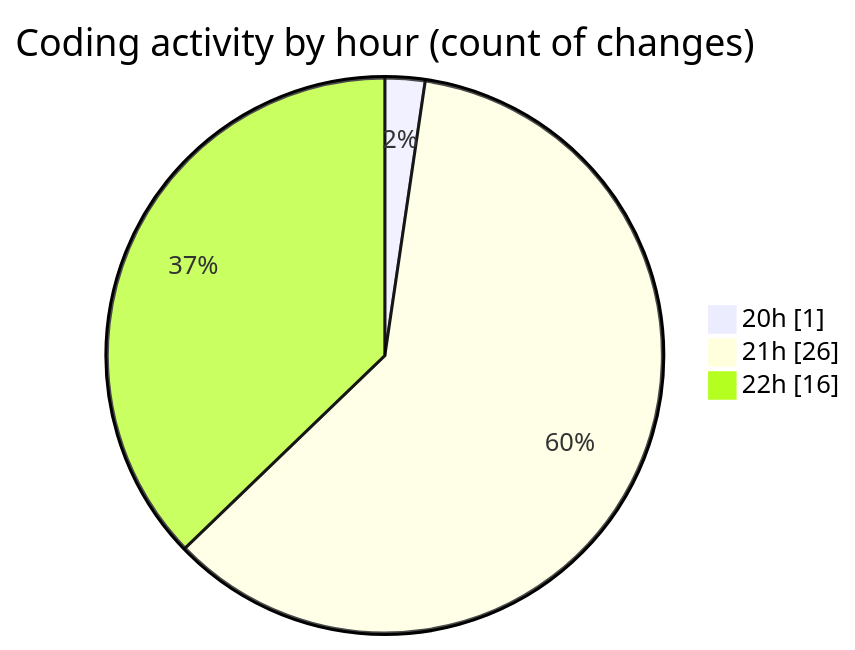
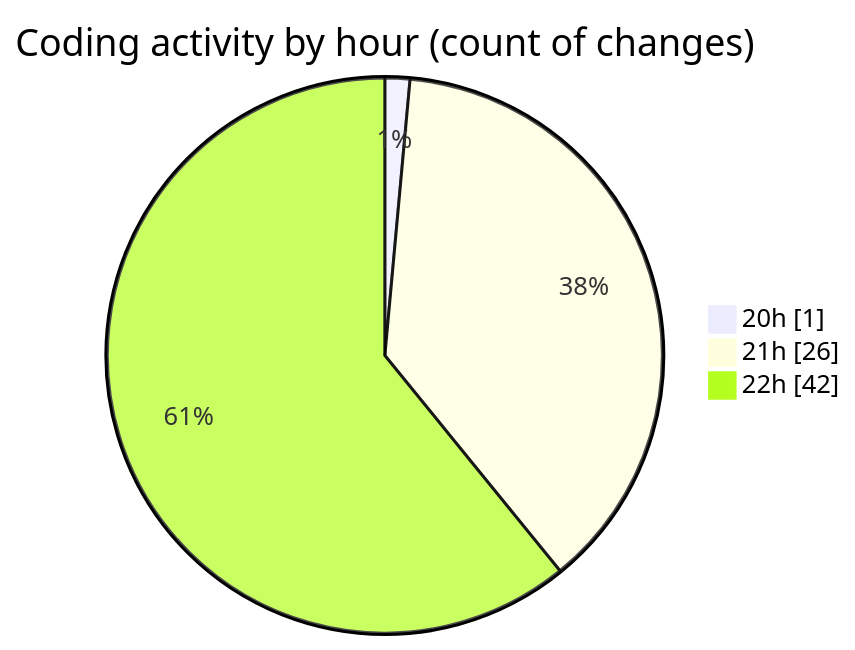
One commit to Ritupan-Deka/code-tracking changed the second of 2 diagrams in 2025-02-15/0starter_files/README.md. Above: the diagram before and after it, drawn with Mermaid. The commit also changed other lines of this file and 1 other file, not shown here.

````diff
--- a/2025-02-15/0starter_files/README.md
+++ b/2025-02-15/0starter_files/README.md
@@ -28,7 +28,7 @@
 ```mermaid
 pie showData
 title Coding activity by hour (count of changes)
 "20h" : 1
 "21h" : 26
-"22h" : 16
+"22h" : 42
 ```
````
